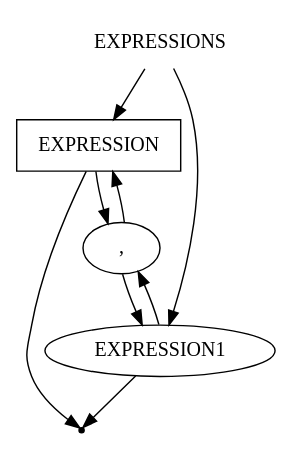
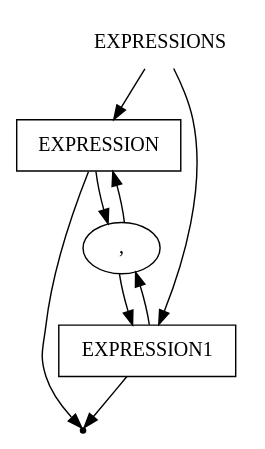
Before and after one commit to GlanceFromTheScreen/DiaDel: the diagram in _examples/expression/expressions.gv, drawn with Graphviz. The commit also changed 8 other files, not shown here.

```diff
--- a/_examples/expression/expressions.gv
+++ b/_examples/expression/expressions.gv
@@ -1,15 +1,15 @@
 digraph EXPRESSIONS {
     start [label=EXPRESSIONS shape=plaintext]
     A [label=EXPRESSION shape=box]
     B [label="," shape=oval]
-    C [label=EXPRESSION1 shape=oval]
+    C [label=EXPRESSION1 shape=box]
     end [label="" shape=point]
     start -> A
     A -> B
     B -> A
     start -> C
     C -> B
     B -> C
     A -> end
     C -> end
 }
```
